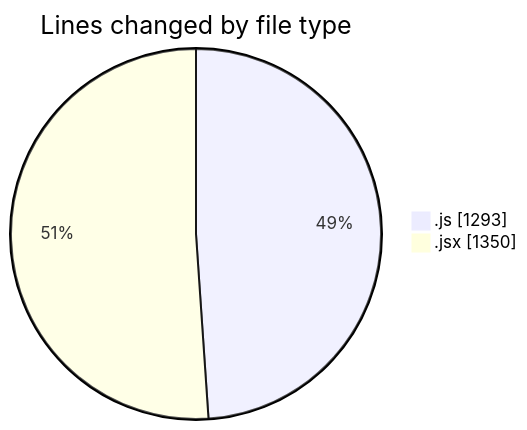
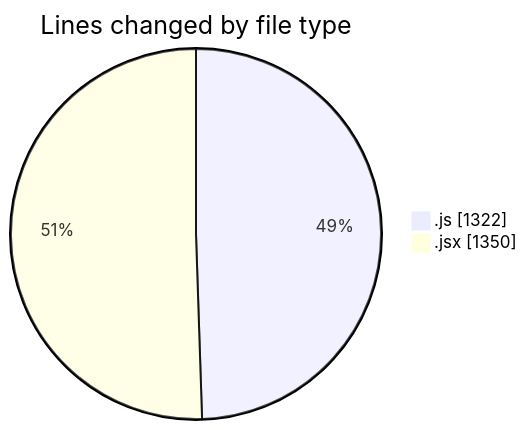
The first of 2 diagrams in 2025-09-19/nxtqube_webapp/README.md (nxtqubesakshisongat/code-tracking), drawn with Mermaid before and after one commit. The commit also changed other lines of this file and 1 other file, not shown here.

````diff
--- a/2025-09-19/nxtqube_webapp/README.md
+++ b/2025-09-19/nxtqube_webapp/README.md
@@ -23,6 +23,6 @@
 ```mermaid
 pie showData
 title Lines changed by file type
-".js" : 1293
+".js" : 1322
 ".jsx" : 1350
 ```
````
